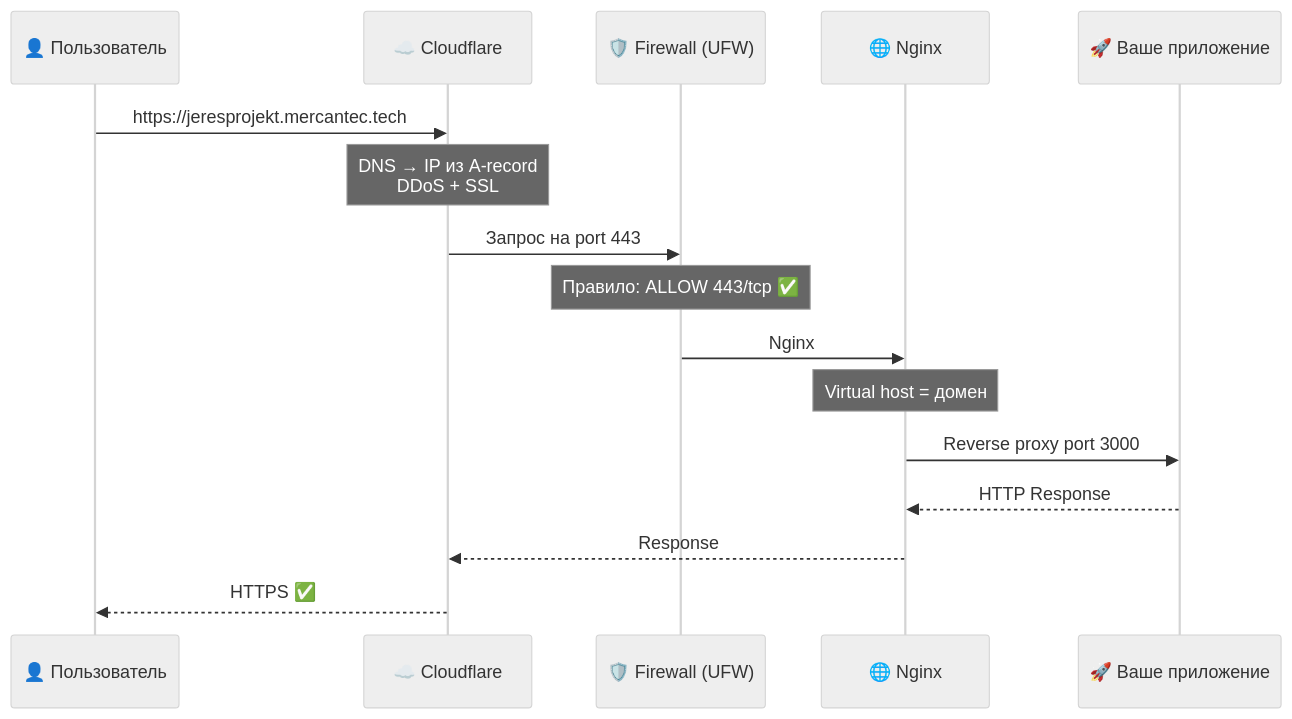
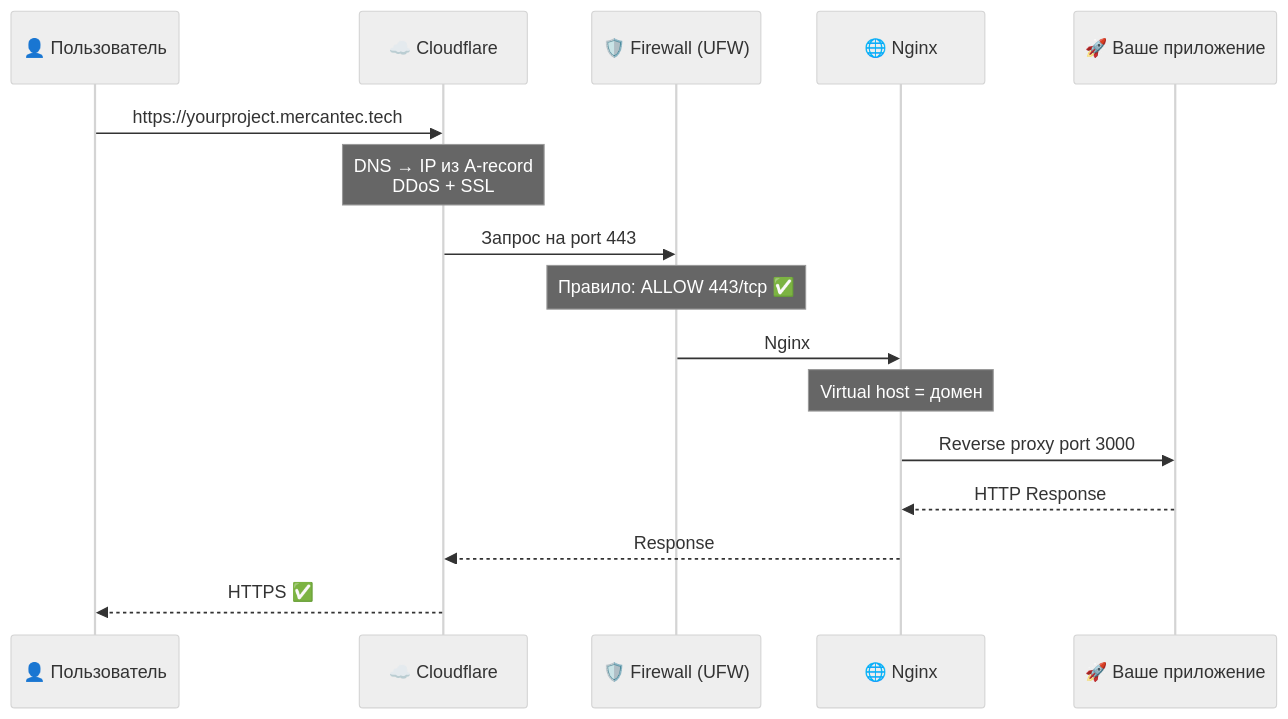
One commit to Mercantec-GHC/deploy-or-die-anbo0005 changed diagram 16 of 17 in docs/notes/day2-dns-firewall.md. Above: the diagram before and after it, drawn with Mermaid (neutral theme). The commit also changed other lines of this file and 8 other files, not shown here.

````diff
--- a/docs/notes/day2-dns-firewall.md
+++ b/docs/notes/day2-dns-firewall.md
@@ -469,18 +469,18 @@
 ```mermaid
 sequenceDiagram
     participant U as 👤 Пользователь
     participant CF as ☁️ Cloudflare
     participant FW as 🛡️ Firewall (UFW)
     participant NGX as 🌐 Nginx
     participant APP as 🚀 Ваше приложение
-    U->>CF: https://jeresprojekt.mercantec.tech
+    U->>CF: https://yourproject.mercantec.tech
     Note over CF: DNS → IP из A-record<br>DDoS + SSL
     CF->>FW: Запрос на port 443
     Note over FW: Правило: ALLOW 443/tcp ✅
     FW->>NGX: Nginx
     Note over NGX: Virtual host = домен
     NGX->>APP: Reverse proxy port 3000
     APP-->>NGX: HTTP Response
     NGX-->>CF: Response
     CF-->>U: HTTPS ✅
 ```
````
